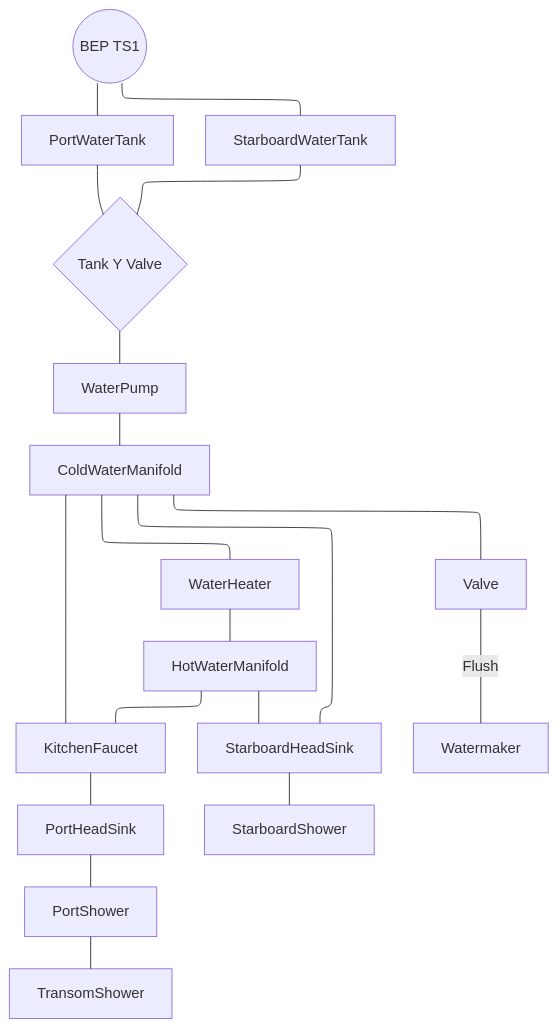
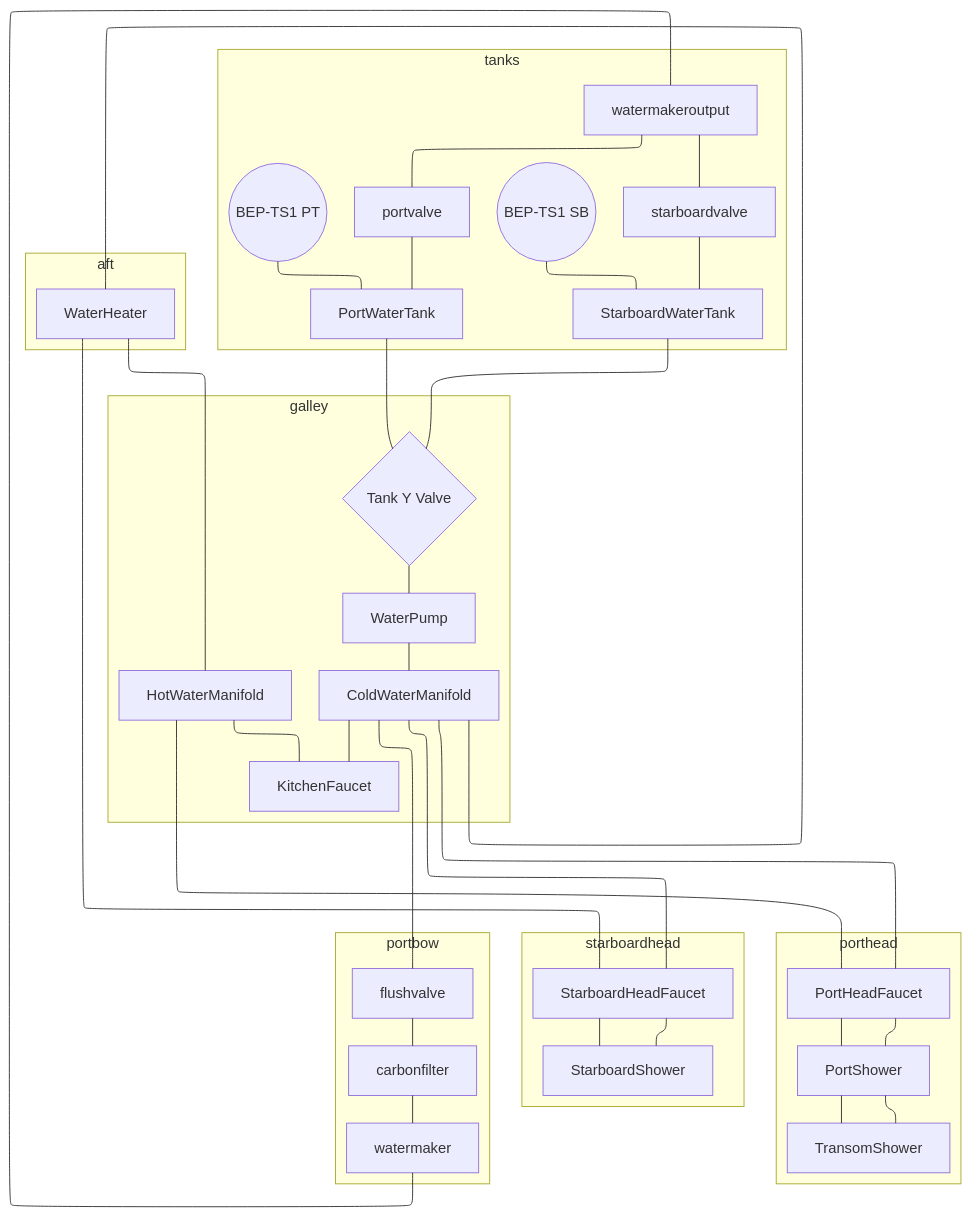
Before and after one commit to dcoon/svharmony: the diagram in owners_manual/FreshWater.md, drawn with Mermaid.

Commit message:
vault backup: 2024-01-15 08:23:01

````diff
--- a/owners_manual/FreshWater.md
+++ b/owners_manual/FreshWater.md
@@ -6,23 +6,44 @@
 ```mermaid
 flowchart-elk TB
 
-PortWaterTank --- WaterTankSelectValve
-StarboardWaterTank --- WaterTankSelectValve{"Tank Y Valve"}
-WaterTankSelectValve --- WaterPump
-WaterPump --- ColdWaterManifold --- WaterHeater --- HotWaterManifold
+	
+subgraph tanks
+	beptst1((BEP-TS1 PT)) --- PortWaterTank
+	beptst2((BEP-TS1 SB)) --- StarboardWaterTank
 
-ColdWaterManifold --- KitchenFaucet
-HotWaterManifold --- KitchenFaucet
+	watermakeroutput --- portvalve --- PortWaterTank
+	watermakeroutput --- starboardvalve --- StarboardWaterTank
+end
 
-KitchenFaucet --- PortHeadSink --- PortShower --- TransomShower
+subgraph galley
+	PortWaterTank --- WaterTankSelectValve
+	StarboardWaterTank --- WaterTankSelectValve{"Tank Y Valve"}
+	WaterTankSelectValve --- WaterPump
+	WaterPump --- ColdWaterManifold 
 
-ColdWaterManifold --- StarboardHeadSink
-HotWaterManifold --- StarboardHeadSink --- StarboardShower
+	ColdWaterManifold --- KitchenFaucet
+	HotWaterManifold --- KitchenFaucet
 
-BEPTS1((BEP TS1)) --- PortWaterTank
-BEPTS1 --- StarboardWaterTank
+end
 
-ColdWaterManifold --- Valve ---|"Flush"| Watermaker
+subgraph aft
+	ColdWaterManifold --- WaterHeater --- HotWaterManifold
+end
+
+subgraph porthead
+	ColdWaterManifold --- PortHeadFaucet --- PortShower --- TransomShower
+	HotWaterManifold --- PortHeadFaucet	--- PortShower --- TransomShower
+end
+
+subgraph starboardhead
+	ColdWaterManifold --- StarboardHeadFaucet --- StarboardShower
+	WaterHeater --- StarboardHeadFaucet --- StarboardShower
+end
+
+subgraph portbow
+	ColdWaterManifold --- flushvalve --- carbonfilter --- watermaker
+	watermaker --- watermakeroutput
+end
 
 
 ```
````
